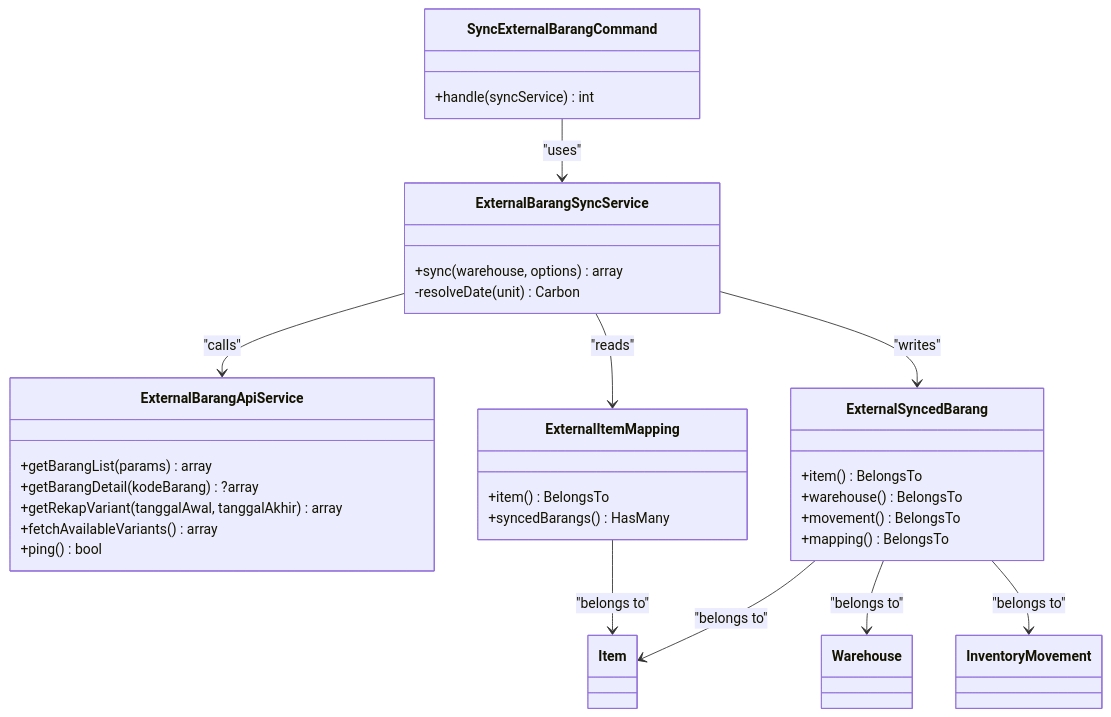
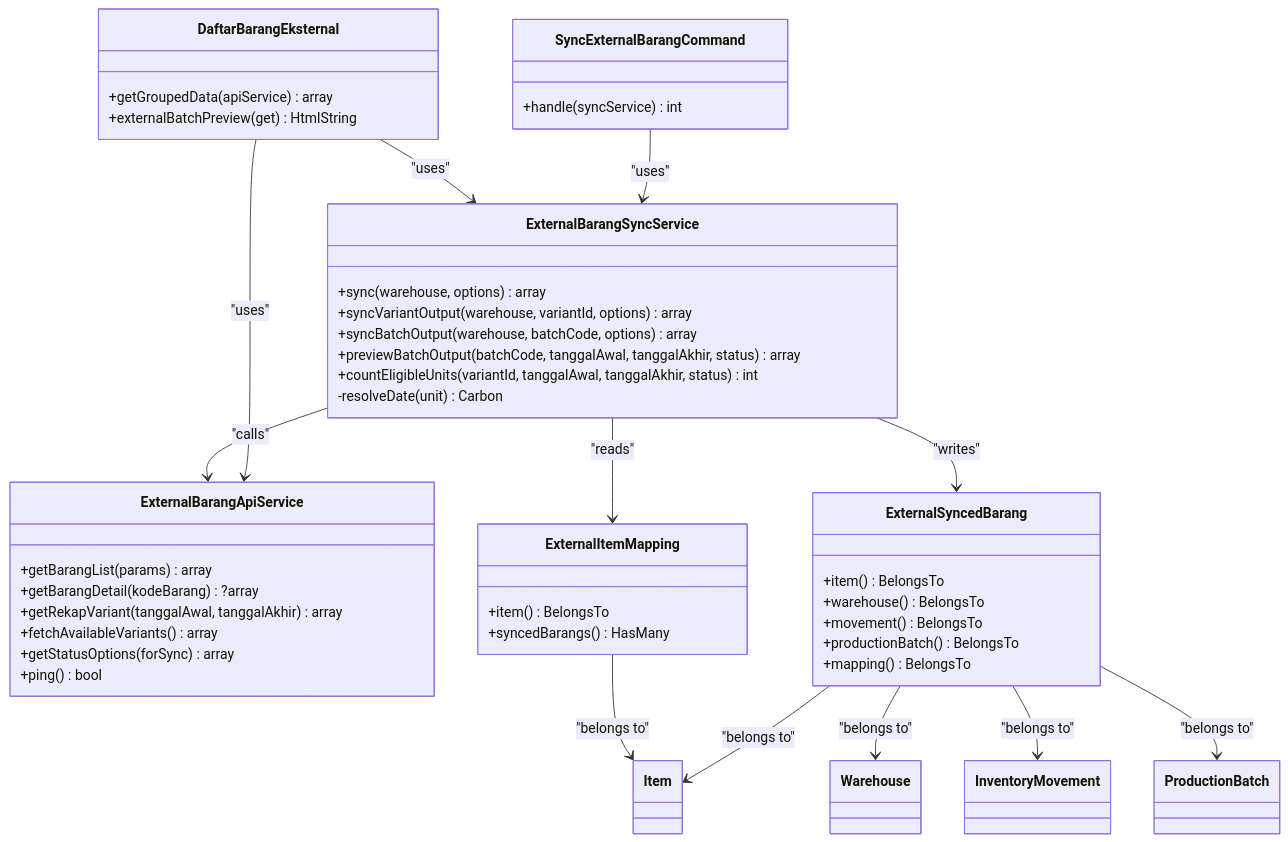
Before and after one commit to Dikksap/laravel_RsvHelmet: the fifth of 5 diagrams in .qoder/repowiki/en/content/Core Modules/External System Integration.md, drawn with Mermaid. The commit also changed other lines of this file and 52 other files, not shown here.

````diff
--- a/.qoder/repowiki/en/content/Core Modules/External System Integration.md
+++ b/.qoder/repowiki/en/content/Core Modules/External System Integration.md
@@ -326,38 +407,52 @@
 ```mermaid
 classDiagram
 class ExternalBarangApiService {
 +getBarangList(params) array
 +getBarangDetail(kodeBarang) ?array
 +getRekapVariant(tanggalAwal, tanggalAkhir) array
 +fetchAvailableVariants() array
++getStatusOptions(forSync) array
 +ping() bool
 }
 class ExternalBarangSyncService {
 +sync(warehouse, options) array
++syncVariantOutput(warehouse, variantId, options) array
++syncBatchOutput(warehouse, batchCode, options) array
++previewBatchOutput(batchCode, tanggalAwal, tanggalAkhir, status) array
++countEligibleUnits(variantId, tanggalAwal, tanggalAkhir, status) int
 -resolveDate(unit) Carbon
 }
 class SyncExternalBarangCommand {
 +handle(syncService) int
+}
+class DaftarBarangEksternal {
++getGroupedData(apiService) array
++externalBatchPreview(get) HtmlString
 }
 class ExternalItemMapping {
 +item() BelongsTo
 +syncedBarangs() HasMany
 }
 class ExternalSyncedBarang {
 +item() BelongsTo
 +warehouse() BelongsTo
 +movement() BelongsTo
++productionBatch() BelongsTo
 +mapping() BelongsTo
 }
 class Item
 class Warehouse
 class InventoryMovement
+class ProductionBatch
 SyncExternalBarangCommand --> ExternalBarangSyncService : "uses"
+DaftarBarangEksternal --> ExternalBarangSyncService : "uses"
+DaftarBarangEksternal --> ExternalBarangApiService : "uses"
 ExternalBarangSyncService --> ExternalBarangApiService : "calls"
 ExternalBarangSyncService --> ExternalItemMapping : "reads"
 ExternalBarangSyncService --> ExternalSyncedBarang : "writes"
 ExternalSyncedBarang --> Item : "belongs to"
 ExternalSyncedBarang --> Warehouse : "belongs to"
 ExternalSyncedBarang --> InventoryMovement : "belongs to"
+ExternalSyncedBarang --> ProductionBatch : "belongs to"
 ExternalItemMapping --> Item : "belongs to"
 ```
````
